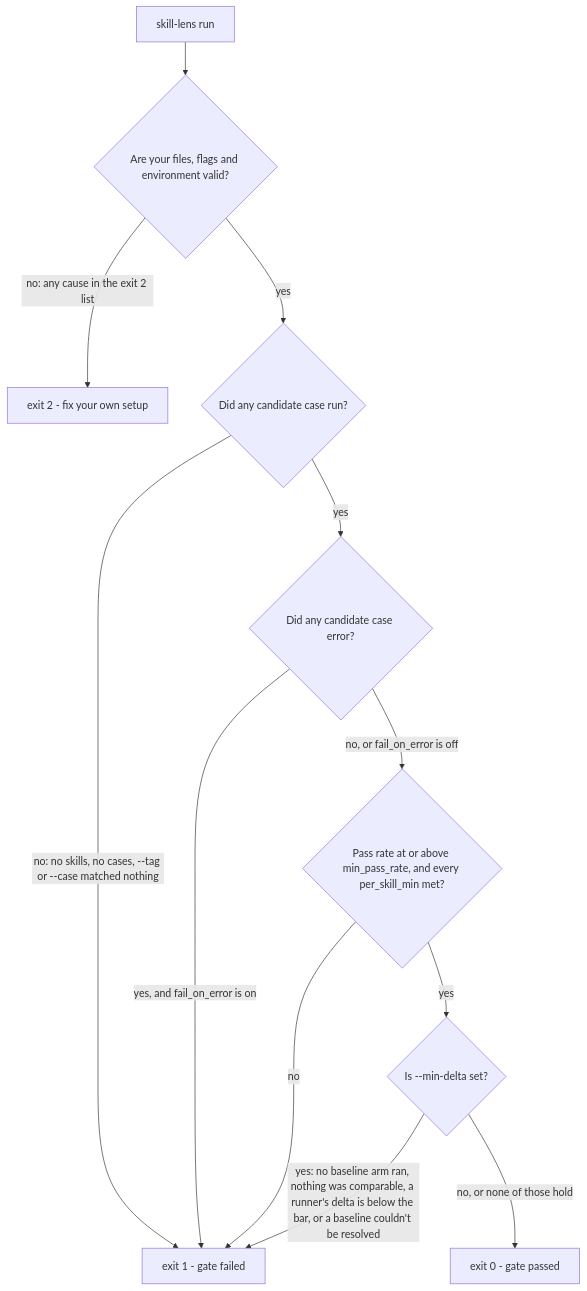
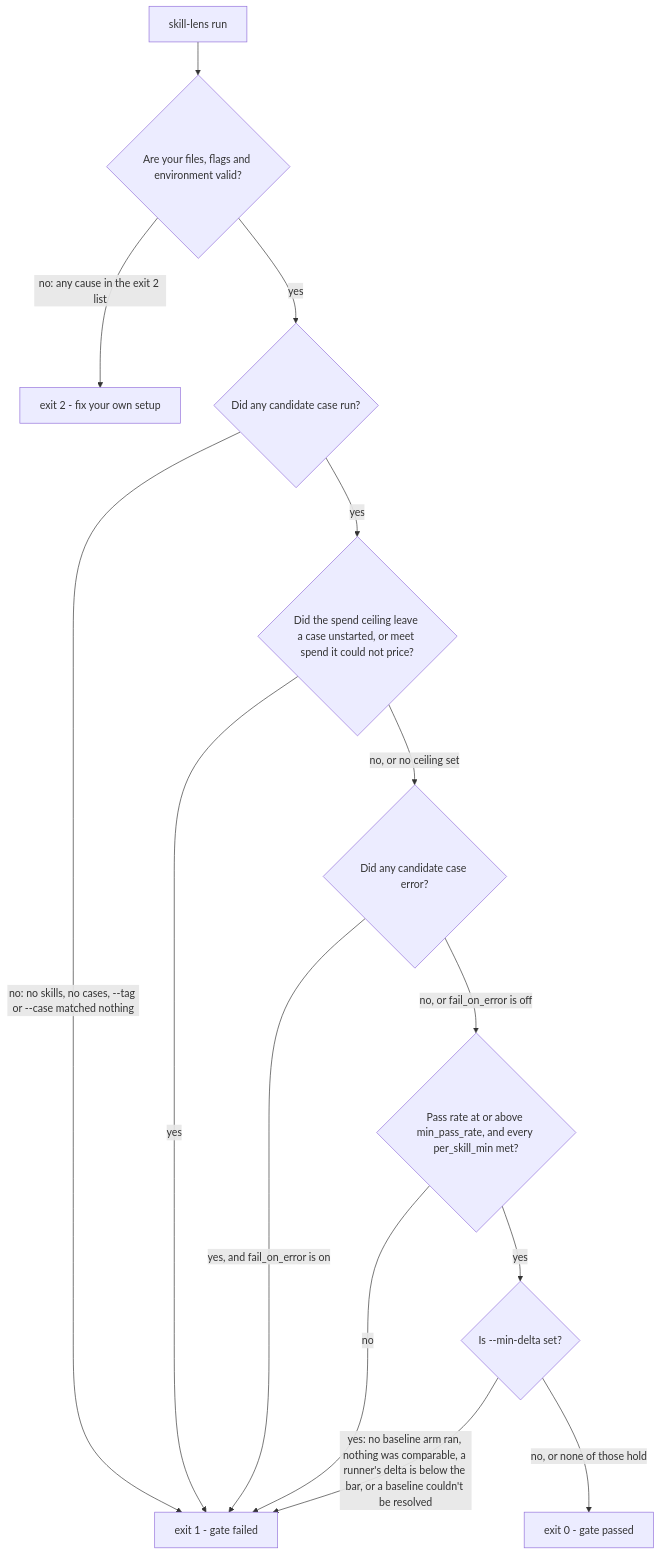
The diagram in docs/gating.md (EmadMokhtar/skill-evaluator), drawn with Mermaid before and after one commit. The commit also changed other lines of this file and 41 other files, not shown here.

````diff
--- a/docs/gating.md
+++ b/docs/gating.md
@@ -12,14 +12,16 @@
 ```mermaid
 flowchart TD
     START["skill-lens run"] --> AUTH{"Are your files, flags and environment valid?"}
     AUTH -->|"no: any cause in the exit 2 list"| E2["exit 2 - fix your own setup"]
     AUTH -->|yes| RAN{"Did any candidate case run?"}
     RAN -->|"no: no skills, no cases, --tag or --case matched nothing"| E1["exit 1 - gate failed"]
-    RAN -->|yes| ERR{"Did any candidate case error?"}
+    RAN -->|yes| CEIL{"Did the spend ceiling leave a case unstarted, or meet spend it could not price?"}
+    CEIL -->|yes| E1
+    CEIL -->|no, or no ceiling set| ERR{"Did any candidate case error?"}
     ERR -->|"yes, and fail_on_error is on"| E1
     ERR -->|"no, or fail_on_error is off"| RATE{"Pass rate at or above min_pass_rate, and every per_skill_min met?"}
     RATE -->|no| E1
     RATE -->|yes| DELTA{"Is --min-delta set?"}
     DELTA -->|"yes: no baseline arm ran, nothing was comparable, a runner's delta is below the bar, or a baseline couldn't be resolved"| E1
     DELTA -->|"no, or none of those hold"| E0["exit 0 - gate passed"]
 ```
````
